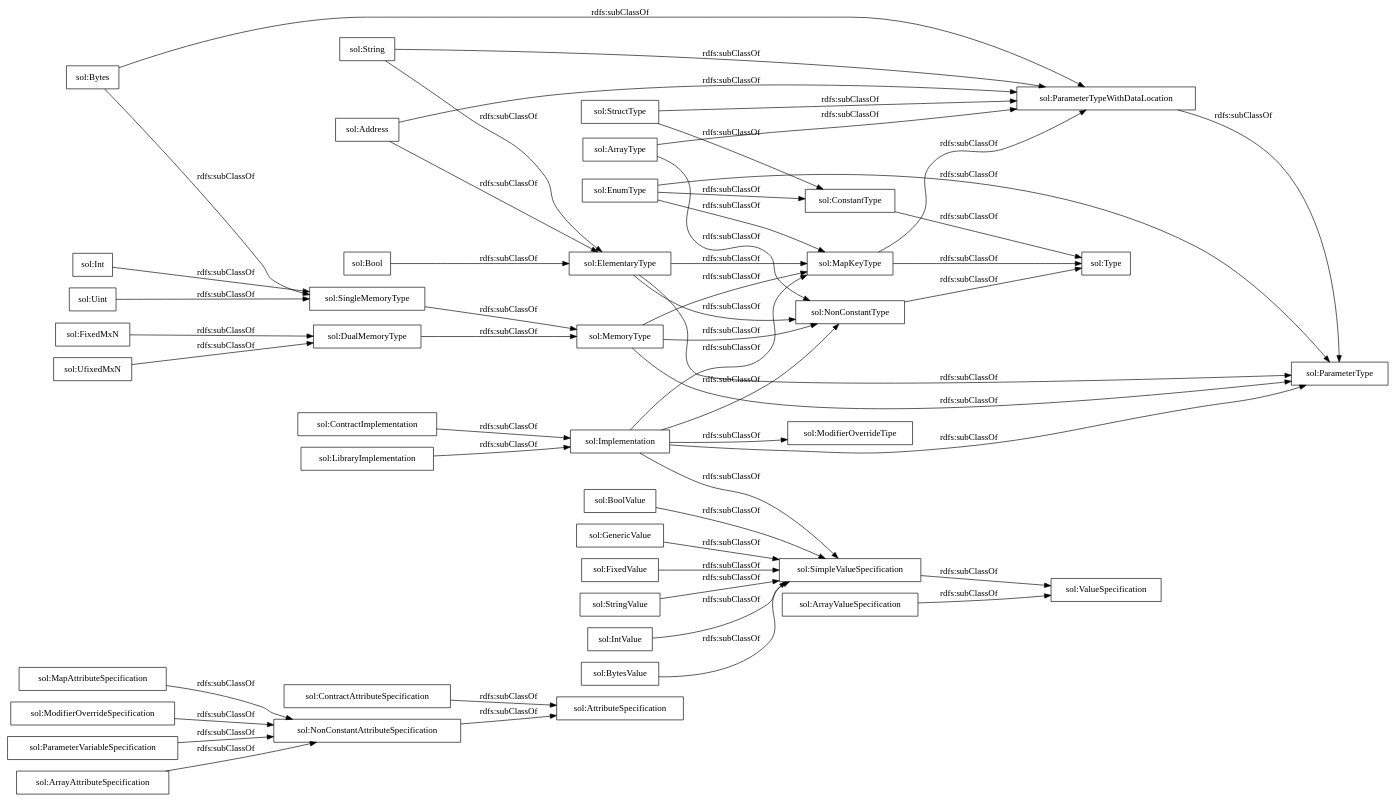
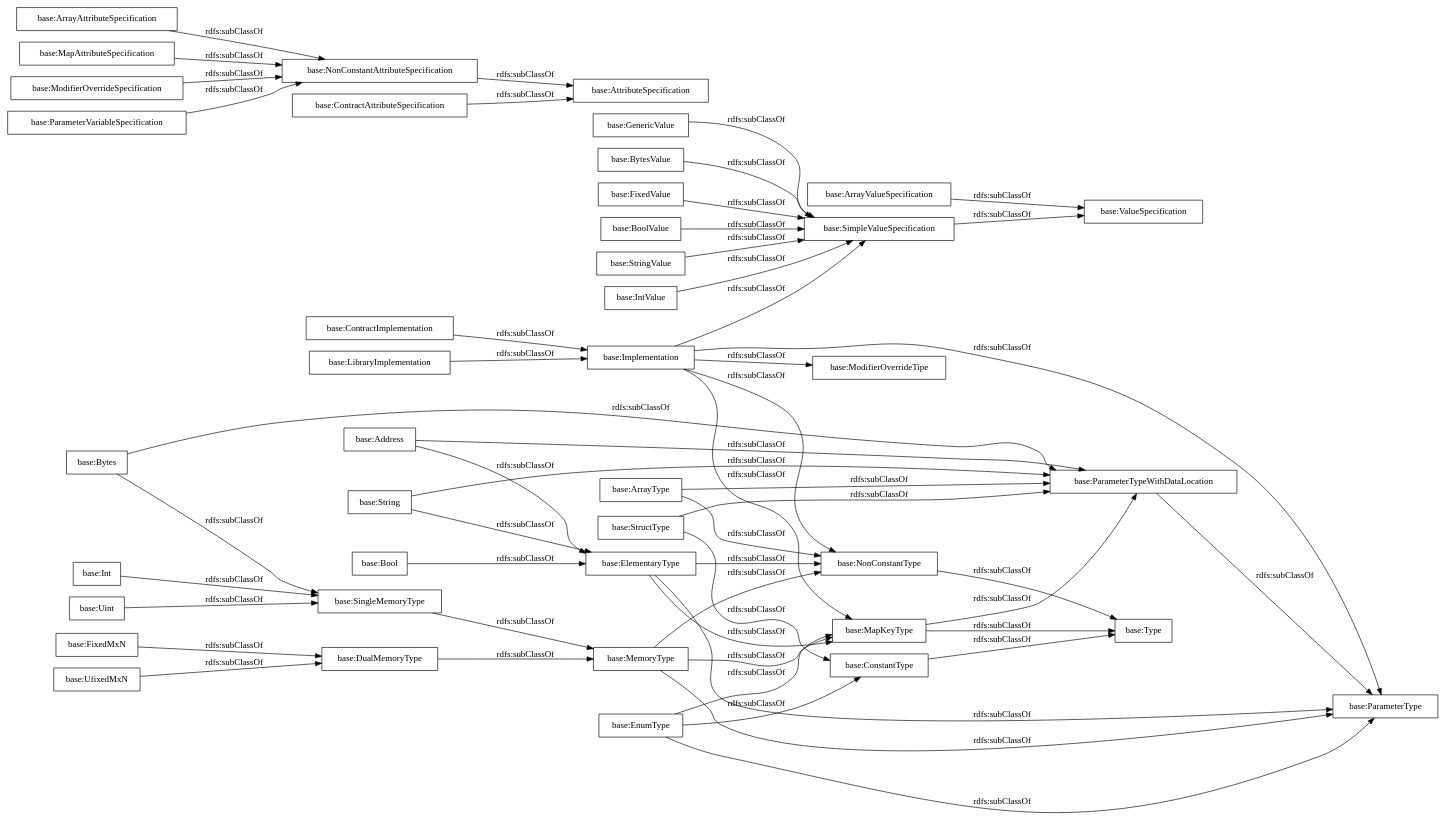
Before and after one commit to oeg-upm/Solidity-ontology: the diagram in OnToology/ontology.ttl/diagrams/ar2dtool-taxonomy/ontology.ttl.png.dot, drawn with Graphviz. The commit also changed 16 other files, not shown here.

```diff
--- a/OnToology/ontology.ttl/diagrams/ar2dtool-taxonomy/ontology.ttl.png.dot
+++ b/OnToology/ontology.ttl/diagrams/ar2dtool-taxonomy/ontology.ttl.png.dot
@@ -1,58 +1,58 @@
 digraph ar2dtool_diagram { 
 rankdir=LR;
 size="1000"
-node [shape = rectangle, color="black"]; "sol:AttributeSpecification" "sol:MapKeyType" "sol:BytesValue" "sol:MapAttributeSpecification" "sol:ValueSpecification" "sol:ConstantType" "sol:ModifierOverrideSpecification" "sol:BoolValue" "sol:Bytes" "sol:ModifierOverrideTipe" "sol:EnumType" "sol:StructType" "sol:DualMemoryType" "sol:SimpleValueSpecification" "sol:ArrayValueSpecification" "sol:Type" "sol:FixedMxN" "sol:SingleMemoryType" "sol:GenericValue" "sol:ParameterTypeWithDataLocation" "sol:ParameterVariableSpecification" "sol:ElementaryType" "sol:Bool" "sol:Implementation" "sol:UfixedMxN" "sol:Int" "sol:FixedValue" "sol:ArrayType" "sol:NonConstantType" "sol:LibraryImplementation" "sol:ContractAttributeSpecification" "sol:ContractImplementation" "sol:MemoryType" "sol:Address" "sol:ArrayAttributeSpecification" "sol:Uint" "sol:String" "sol:NonConstantAttributeSpecification" "sol:StringValue" "sol:ParameterType" "sol:IntValue" ; /*classes style*/
-	"sol:StringValue" -> "sol:SimpleValueSpecification" [ label = "rdfs:subClassOf" ];
-	"sol:MapKeyType" -> "sol:Type" [ label = "rdfs:subClassOf" ];
-	"sol:MapKeyType" -> "sol:ParameterTypeWithDataLocation" [ label = "rdfs:subClassOf" ];
-	"sol:Bytes" -> "sol:SingleMemoryType" [ label = "rdfs:subClassOf" ];
-	"sol:Bytes" -> "sol:ParameterTypeWithDataLocation" [ label = "rdfs:subClassOf" ];
-	"sol:ElementaryType" -> "sol:ParameterType" [ label = "rdfs:subClassOf" ];
-	"sol:ElementaryType" -> "sol:NonConstantType" [ label = "rdfs:subClassOf" ];
-	"sol:ElementaryType" -> "sol:MapKeyType" [ label = "rdfs:subClassOf" ];
-	"sol:ParameterTypeWithDataLocation" -> "sol:ParameterType" [ label = "rdfs:subClassOf" ];
-	"sol:Bool" -> "sol:ElementaryType" [ label = "rdfs:subClassOf" ];
-	"sol:MemoryType" -> "sol:ParameterType" [ label = "rdfs:subClassOf" ];
-	"sol:MemoryType" -> "sol:NonConstantType" [ label = "rdfs:subClassOf" ];
-	"sol:MemoryType" -> "sol:MapKeyType" [ label = "rdfs:subClassOf" ];
-	"sol:GenericValue" -> "sol:SimpleValueSpecification" [ label = "rdfs:subClassOf" ];
-	"sol:ContractImplementation" -> "sol:Implementation" [ label = "rdfs:subClassOf" ];
-	"sol:BoolValue" -> "sol:SimpleValueSpecification" [ label = "rdfs:subClassOf" ];
-	"sol:ArrayAttributeSpecification" -> "sol:NonConstantAttributeSpecification" [ label = "rdfs:subClassOf" ];
-	"sol:IntValue" -> "sol:SimpleValueSpecification" [ label = "rdfs:subClassOf" ];
-	"sol:DualMemoryType" -> "sol:MemoryType" [ label = "rdfs:subClassOf" ];
-	"sol:String" -> "sol:ParameterTypeWithDataLocation" [ label = "rdfs:subClassOf" ];
-	"sol:String" -> "sol:ElementaryType" [ label = "rdfs:subClassOf" ];
-	"sol:NonConstantAttributeSpecification" -> "sol:AttributeSpecification" [ label = "rdfs:subClassOf" ];
-	"sol:ContractAttributeSpecification" -> "sol:AttributeSpecification" [ label = "rdfs:subClassOf" ];
-	"sol:MapAttributeSpecification" -> "sol:NonConstantAttributeSpecification" [ label = "rdfs:subClassOf" ];
-	"sol:ModifierOverrideSpecification" -> "sol:NonConstantAttributeSpecification" [ label = "rdfs:subClassOf" ];
-	"sol:ParameterVariableSpecification" -> "sol:NonConstantAttributeSpecification" [ label = "rdfs:subClassOf" ];
-	"sol:Uint" -> "sol:SingleMemoryType" [ label = "rdfs:subClassOf" ];
-	"sol:FixedValue" -> "sol:SimpleValueSpecification" [ label = "rdfs:subClassOf" ];
-	"sol:NonConstantType" -> "sol:Type" [ label = "rdfs:subClassOf" ];
-	"sol:SimpleValueSpecification" -> "sol:ValueSpecification" [ label = "rdfs:subClassOf" ];
-	"sol:BytesValue" -> "sol:SimpleValueSpecification" [ label = "rdfs:subClassOf" ];
-	"sol:Int" -> "sol:SingleMemoryType" [ label = "rdfs:subClassOf" ];
-	"sol:UfixedMxN" -> "sol:DualMemoryType" [ label = "rdfs:subClassOf" ];
-	"sol:EnumType" -> "sol:ParameterType" [ label = "rdfs:subClassOf" ];
-	"sol:EnumType" -> "sol:MapKeyType" [ label = "rdfs:subClassOf" ];
-	"sol:EnumType" -> "sol:ConstantType" [ label = "rdfs:subClassOf" ];
-	"sol:FixedMxN" -> "sol:DualMemoryType" [ label = "rdfs:subClassOf" ];
-	"sol:StructType" -> "sol:ParameterTypeWithDataLocation" [ label = "rdfs:subClassOf" ];
-	"sol:StructType" -> "sol:ConstantType" [ label = "rdfs:subClassOf" ];
-	"sol:Address" -> "sol:ParameterTypeWithDataLocation" [ label = "rdfs:subClassOf" ];
-	"sol:Address" -> "sol:ElementaryType" [ label = "rdfs:subClassOf" ];
-	"sol:Implementation" -> "sol:SimpleValueSpecification" [ label = "rdfs:subClassOf" ];
-	"sol:Implementation" -> "sol:ParameterType" [ label = "rdfs:subClassOf" ];
-	"sol:Implementation" -> "sol:NonConstantType" [ label = "rdfs:subClassOf" ];
-	"sol:Implementation" -> "sol:ModifierOverrideTipe" [ label = "rdfs:subClassOf" ];
-	"sol:Implementation" -> "sol:MapKeyType" [ label = "rdfs:subClassOf" ];
-	"sol:ArrayType" -> "sol:ParameterTypeWithDataLocation" [ label = "rdfs:subClassOf" ];
-	"sol:ArrayType" -> "sol:NonConstantType" [ label = "rdfs:subClassOf" ];
-	"sol:SingleMemoryType" -> "sol:MemoryType" [ label = "rdfs:subClassOf" ];
-	"sol:LibraryImplementation" -> "sol:Implementation" [ label = "rdfs:subClassOf" ];
-	"sol:ArrayValueSpecification" -> "sol:ValueSpecification" [ label = "rdfs:subClassOf" ];
-	"sol:ConstantType" -> "sol:Type" [ label = "rdfs:subClassOf" ];
+node [shape = rectangle, color="black"]; "base:BoolValue" "base:ParameterTypeWithDataLocation" "base:ArrayAttributeSpecification" "base:StringValue" "base:SimpleValueSpecification" "base:ModifierOverrideTipe" "base:MapAttributeSpecification" "base:Uint" "base:NonConstantAttributeSpecification" "base:Bool" "base:ContractImplementation" "base:ContractAttributeSpecification" "base:FixedMxN" "base:ElementaryType" "base:Int" "base:ArrayType" "base:ArrayValueSpecification" "base:ConstantType" "base:ModifierOverrideSpecification" "base:ParameterType" "base:String" "base:IntValue" "base:Type" "base:DualMemoryType" "base:NonConstantType" "base:GenericValue" "base:Implementation" "base:SingleMemoryType" "base:StructType" "base:MapKeyType" "base:MemoryType" "base:ValueSpecification" "base:BytesValue" "base:ParameterVariableSpecification" "base:AttributeSpecification" "base:Address" "base:LibraryImplementation" "base:EnumType" "base:UfixedMxN" "base:FixedValue" "base:Bytes" ; /*classes style*/
+	"base:BoolValue" -> "base:SimpleValueSpecification" [ label = "rdfs:subClassOf" ];
+	"base:ArrayAttributeSpecification" -> "base:NonConstantAttributeSpecification" [ label = "rdfs:subClassOf" ];
+	"base:EnumType" -> "base:ParameterType" [ label = "rdfs:subClassOf" ];
+	"base:EnumType" -> "base:MapKeyType" [ label = "rdfs:subClassOf" ];
+	"base:EnumType" -> "base:ConstantType" [ label = "rdfs:subClassOf" ];
+	"base:LibraryImplementation" -> "base:Implementation" [ label = "rdfs:subClassOf" ];
+	"base:NonConstantType" -> "base:Type" [ label = "rdfs:subClassOf" ];
+	"base:Implementation" -> "base:SimpleValueSpecification" [ label = "rdfs:subClassOf" ];
+	"base:Implementation" -> "base:ParameterType" [ label = "rdfs:subClassOf" ];
+	"base:Implementation" -> "base:NonConstantType" [ label = "rdfs:subClassOf" ];
+	"base:Implementation" -> "base:ModifierOverrideTipe" [ label = "rdfs:subClassOf" ];
+	"base:Implementation" -> "base:MapKeyType" [ label = "rdfs:subClassOf" ];
+	"base:ParameterTypeWithDataLocation" -> "base:ParameterType" [ label = "rdfs:subClassOf" ];
+	"base:FixedMxN" -> "base:DualMemoryType" [ label = "rdfs:subClassOf" ];
+	"base:ContractAttributeSpecification" -> "base:AttributeSpecification" [ label = "rdfs:subClassOf" ];
+	"base:MapKeyType" -> "base:Type" [ label = "rdfs:subClassOf" ];
+	"base:MapKeyType" -> "base:ParameterTypeWithDataLocation" [ label = "rdfs:subClassOf" ];
+	"base:ParameterVariableSpecification" -> "base:NonConstantAttributeSpecification" [ label = "rdfs:subClassOf" ];
+	"base:ElementaryType" -> "base:ParameterType" [ label = "rdfs:subClassOf" ];
+	"base:ElementaryType" -> "base:NonConstantType" [ label = "rdfs:subClassOf" ];
+	"base:ElementaryType" -> "base:MapKeyType" [ label = "rdfs:subClassOf" ];
+	"base:StructType" -> "base:ParameterTypeWithDataLocation" [ label = "rdfs:subClassOf" ];
+	"base:StructType" -> "base:ConstantType" [ label = "rdfs:subClassOf" ];
+	"base:MemoryType" -> "base:ParameterType" [ label = "rdfs:subClassOf" ];
+	"base:MemoryType" -> "base:NonConstantType" [ label = "rdfs:subClassOf" ];
+	"base:MemoryType" -> "base:MapKeyType" [ label = "rdfs:subClassOf" ];
+	"base:UfixedMxN" -> "base:DualMemoryType" [ label = "rdfs:subClassOf" ];
+	"base:ModifierOverrideSpecification" -> "base:NonConstantAttributeSpecification" [ label = "rdfs:subClassOf" ];
+	"base:Bool" -> "base:ElementaryType" [ label = "rdfs:subClassOf" ];
+	"base:SingleMemoryType" -> "base:MemoryType" [ label = "rdfs:subClassOf" ];
+	"base:Int" -> "base:SingleMemoryType" [ label = "rdfs:subClassOf" ];
+	"base:Bytes" -> "base:SingleMemoryType" [ label = "rdfs:subClassOf" ];
+	"base:Bytes" -> "base:ParameterTypeWithDataLocation" [ label = "rdfs:subClassOf" ];
+	"base:String" -> "base:ParameterTypeWithDataLocation" [ label = "rdfs:subClassOf" ];
+	"base:String" -> "base:ElementaryType" [ label = "rdfs:subClassOf" ];
+	"base:ArrayType" -> "base:ParameterTypeWithDataLocation" [ label = "rdfs:subClassOf" ];
+	"base:ArrayType" -> "base:NonConstantType" [ label = "rdfs:subClassOf" ];
+	"base:FixedValue" -> "base:SimpleValueSpecification" [ label = "rdfs:subClassOf" ];
+	"base:IntValue" -> "base:SimpleValueSpecification" [ label = "rdfs:subClassOf" ];
+	"base:Uint" -> "base:SingleMemoryType" [ label = "rdfs:subClassOf" ];
+	"base:ConstantType" -> "base:Type" [ label = "rdfs:subClassOf" ];
+	"base:ContractImplementation" -> "base:Implementation" [ label = "rdfs:subClassOf" ];
+	"base:ArrayValueSpecification" -> "base:ValueSpecification" [ label = "rdfs:subClassOf" ];
+	"base:Address" -> "base:ParameterTypeWithDataLocation" [ label = "rdfs:subClassOf" ];
+	"base:Address" -> "base:ElementaryType" [ label = "rdfs:subClassOf" ];
+	"base:GenericValue" -> "base:SimpleValueSpecification" [ label = "rdfs:subClassOf" ];
+	"base:BytesValue" -> "base:SimpleValueSpecification" [ label = "rdfs:subClassOf" ];
+	"base:DualMemoryType" -> "base:MemoryType" [ label = "rdfs:subClassOf" ];
+	"base:SimpleValueSpecification" -> "base:ValueSpecification" [ label = "rdfs:subClassOf" ];
+	"base:MapAttributeSpecification" -> "base:NonConstantAttributeSpecification" [ label = "rdfs:subClassOf" ];
+	"base:NonConstantAttributeSpecification" -> "base:AttributeSpecification" [ label = "rdfs:subClassOf" ];
+	"base:StringValue" -> "base:SimpleValueSpecification" [ label = "rdfs:subClassOf" ];
 
 }
```
